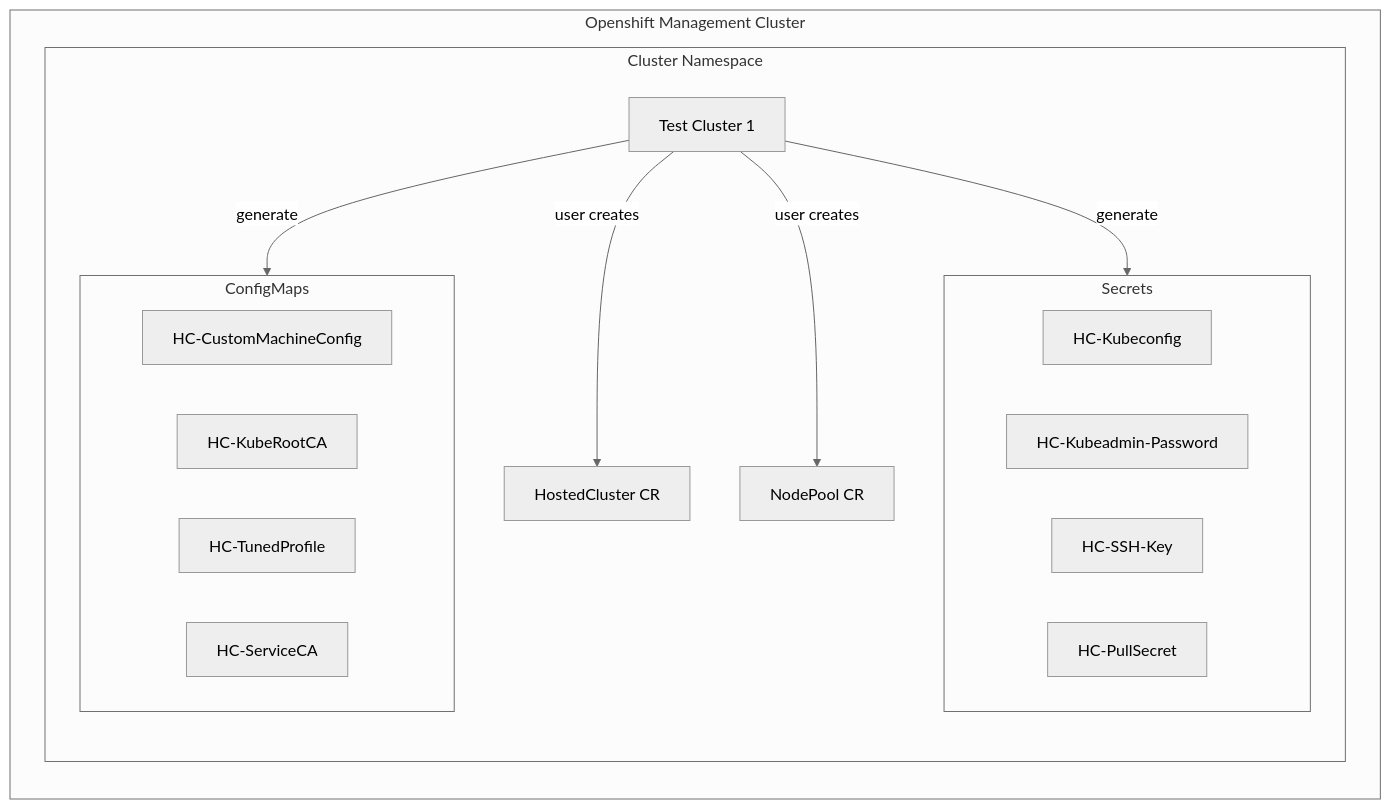
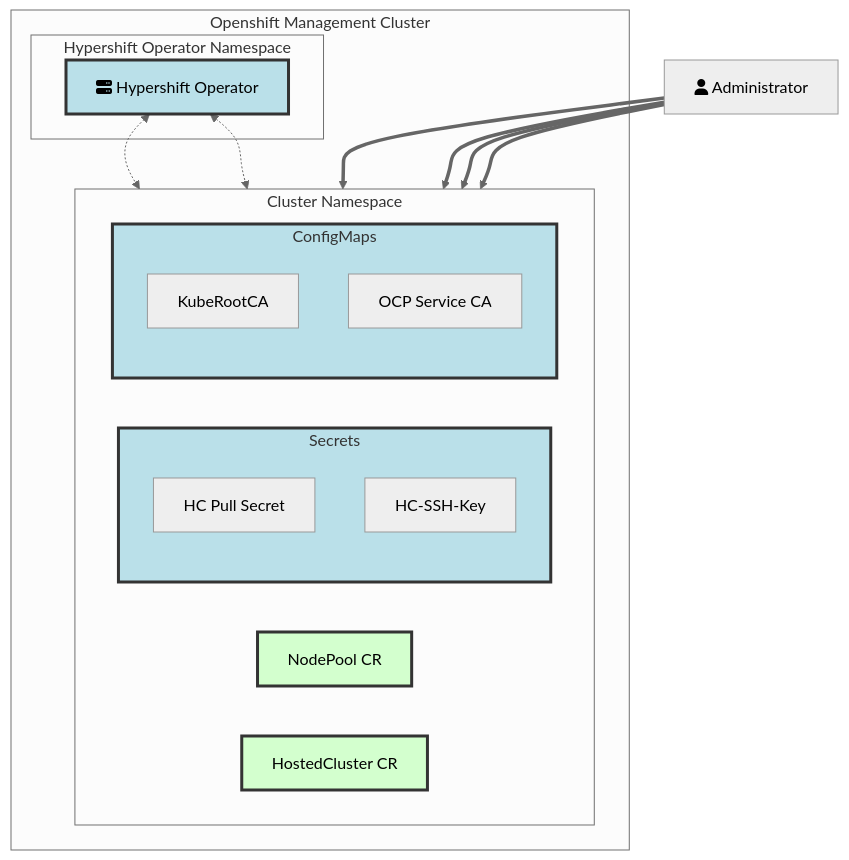
The second of 6 diagrams in docs/content/how-to/aws/index.md (openshift/hypershift), drawn with Mermaid (neutral theme) before and after one commit. The commit also changed other lines of this file and 1 other file, not shown here.

Commit message:
Added animated networking diagram with some explanations, also prerequisites and expected components for HC deployment

````diff
--- a/docs/content/how-to/aws/index.md
+++ b/docs/content/how-to/aws/index.md
@@ -34,24 +176,38 @@
 ```mermaid
-flowchart LR
-    subgraph "Openshift Management Cluster"
+flowchart TB
+    style HO fill:#BAE0E9,stroke:#333,stroke-width:3px
+    style SC2 fill:#BAE0E9,stroke:#333,stroke-width:3px
+    style CMC2 fill:#BAE0E9,stroke:#333,stroke-width:3px
+    style NPO fill:#D3FFCE,stroke:#333,stroke-width:3px
+    style HCO fill:#D3FFCE,stroke:#333,stroke-width:3px
+
+    AD[fa:fa-user Administrator]
+    AD ==> HCO
+    AD ==> NPO
+    AD ==> SC2
+    AD ==> CMC2
+    HO <-.-> NPO
+    HO <-.-> HCO
+
+    subgraph OMC[Openshift Management Cluster]
+        subgraph HONS[Hypershift Operator Namespace]
+            HO[fa:fa-server Hypershift Operator]
+
+        end
         subgraph CANS[Cluster Namespace]
-        direction TB
-            CATC[Test Cluster 1] -- user creates --> HCO[HostedCluster CR];
-            CATC[Test Cluster 1] -- user creates --> NPO[NodePool CR];
-            CATC[Test Cluster 1] -- generate --> SC2[Secrets];
+        direction LR
+            HCO[HostedCluster CR]
+            NPO[NodePool CR]
+            SC2[Secrets]
             subgraph SC2[Secrets]
-                HC-Kubeconfig;
-                HC-Kubeadmin-Password;
-                HC-SSH-Key;
-                HC-PullSecret
+                SPS[HC Pull Secret]
+                HC-SSH-Key
             end
-            CATC[Test Cluster 1] -- generate --> CMC2[ConfigMaps];
+            CMC2[ConfigMaps]
             subgraph CMC2[ConfigMaps]
-                HC-CustomMachineConfig
-                HC-KubeRootCA
-                HC-TunedProfile
-                HC-ServiceCA
+                KRCA[KubeRootCA]
+                OCSA[OCP Service CA]
             end
         end
     end
 ```
````
